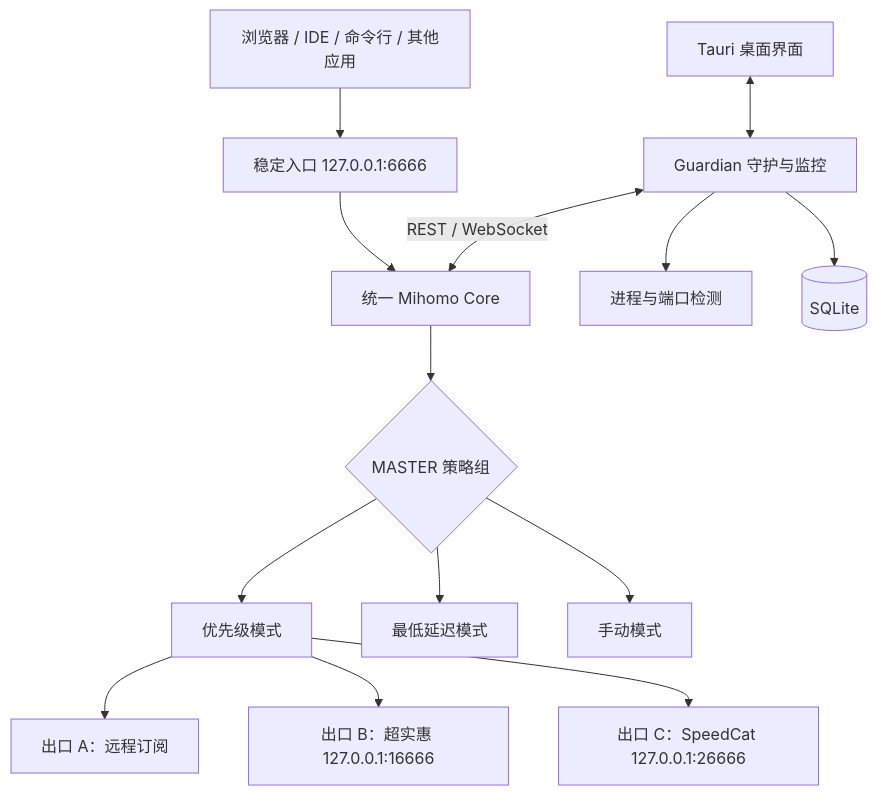
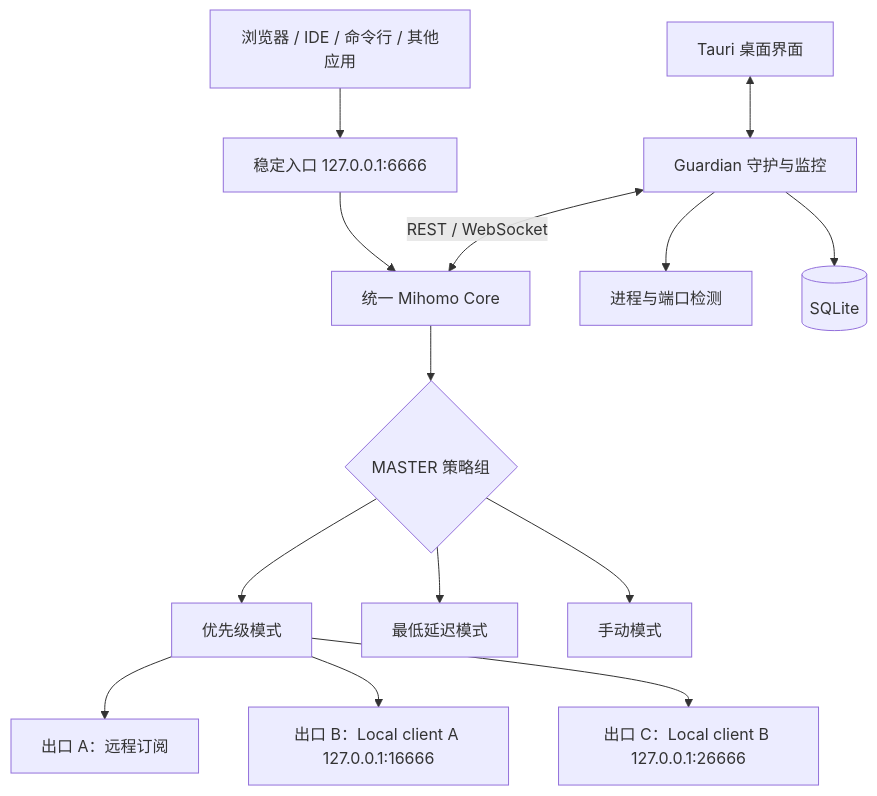
One commit to coconilu/vpn-hub changed the first of 3 diagrams in docs/design.md. Above: the diagram before and after it, drawn with Mermaid. The commit also changed other lines of this file and 19 other files, not shown here.

Commit message:
Use generic local client naming

````diff
--- a/docs/design.md
+++ b/docs/design.md
@@ -81,19 +81,19 @@
 ```mermaid
 flowchart TB
     Apps["浏览器 / IDE / 命令行 / 其他应用"] --> Entry["稳定入口 127.0.0.1:6666"]
     Entry --> Core["统一 Mihomo Core"]
 
     Core --> Master{"MASTER 策略组"}
     Master --> Priority["优先级模式"]
     Master --> Fastest["最低延迟模式"]
     Master --> Manual["手动模式"]
 
     Priority --> A["出口 A：远程订阅"]
-    Priority --> B["出口 B：超实惠 127.0.0.1:16666"]
-    Priority --> C["出口 C：SpeedCat 127.0.0.1:26666"]
+    Priority --> B["出口 B：Local client A 127.0.0.1:16666"]
+    Priority --> C["出口 C：Local client B 127.0.0.1:26666"]
 
     Guardian["Guardian 守护与监控"] <-->|"REST / WebSocket"| Core
     Guardian --> Process["进程与端口检测"]
     Guardian --> DB[("SQLite")]
     UI["Tauri 桌面界面"] <--> Guardian
 ```
````
